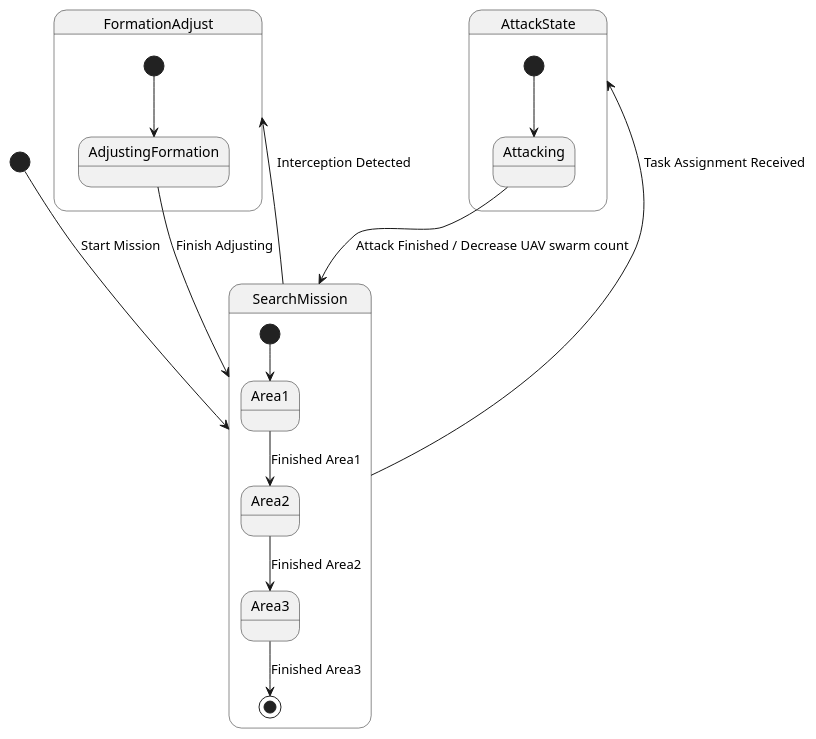
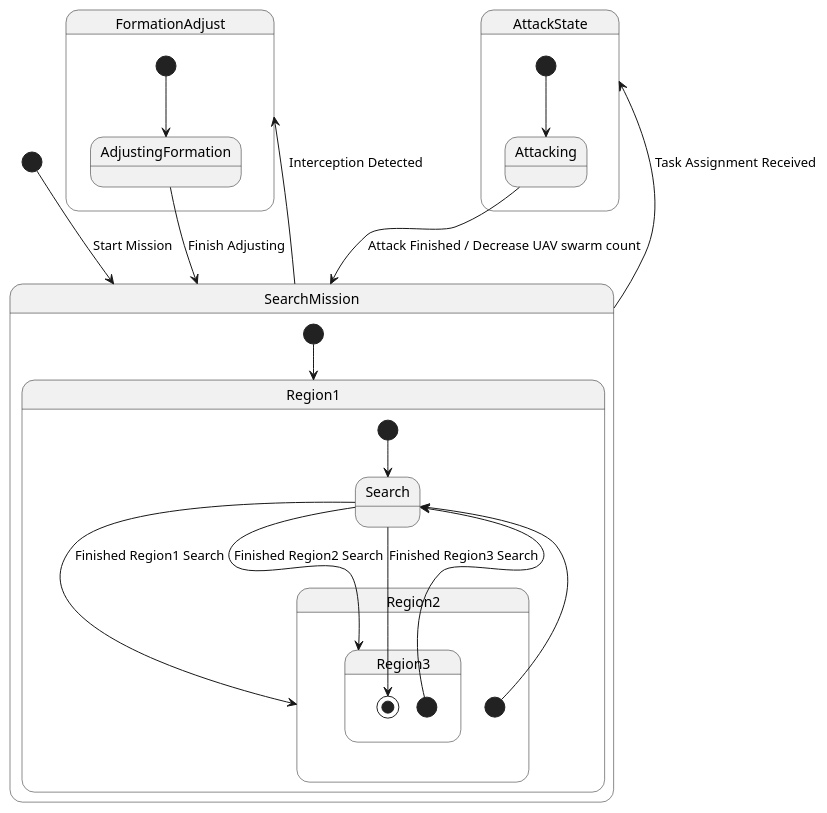
Before and after one commit to HansBug/research_ideas: the diagram in project_1_llm_state_machine_modeling/paper_stm_repair/pipeline/representation/reports/llms_emp_r45_java_60/pairs/0016/README.md, drawn with PlantUML. The commit also changed other lines of this file and 622 other files, not shown here.

First line of the commit message:
fix(paper1): 切换Phase-II最终池并重建PlantUML转换证据

````diff
--- a/project_1_llm_state_machine_modeling/paper_stm_repair/pipeline/representation/reports/llms_emp_r45_java_60/pairs/0016/README.md
+++ b/project_1_llm_state_machine_modeling/paper_stm_repair/pipeline/representation/reports/llms_emp_r45_java_60/pairs/0016/README.md
@@ -28,26 +88,38 @@
 ```plantuml
 @startuml
 [*] --> SearchMission : Start Mission
 
 state SearchMission {
-  [*] --> Area1
-  Area1 --> Area2 : Finished Area1
-  Area2 --> Area3 : Finished Area2
-  Area3 -->[*] : Finished Area3
+  [*] --> Region1
+
+  state Region1 {
+    [*] --> Search
+    Search --> Region2 : Finished Region1 Search
+  }
+
+  state Region2 {
+    [*] --> Search
+    Search --> Region3 : Finished Region2 Search
+  }
+
+  state Region3 {
+    [*] --> Search
+    Search --> [*] : Finished Region3 Search
+  }
 }
 
 SearchMission --> FormationAdjust : Interception Detected
 
 state FormationAdjust {
   [*] --> AdjustingFormation
   AdjustingFormation --> SearchMission : Finish Adjusting
 }
 
 SearchMission --> AttackState : Task Assignment Received
 
 state AttackState {
   [*] --> Attacking
   Attacking --> SearchMission : Attack Finished / Decrease UAV swarm count
 }
 @enduml
 ```
````
